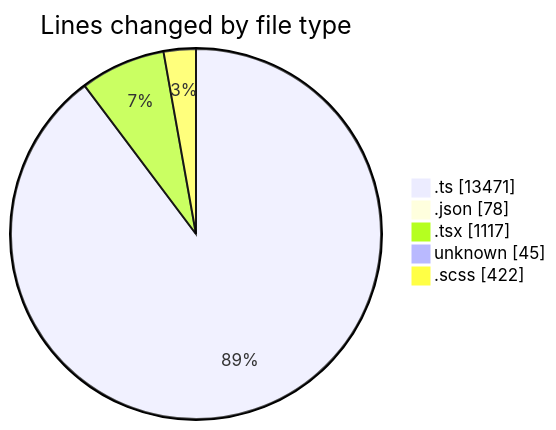
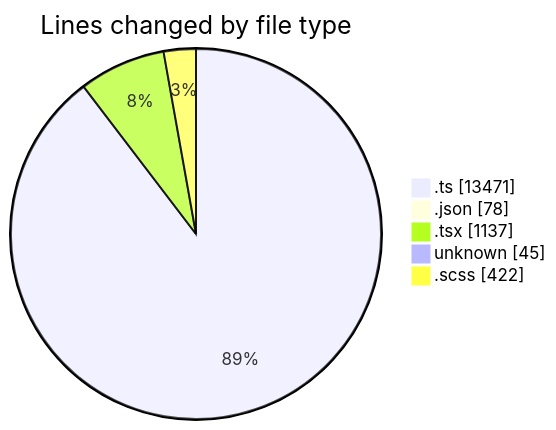
One commit to momahboobian/code-tracking changed the first of 2 diagrams in 2025-08-29/cda/README.md. Above: the diagram before and after it, drawn with Mermaid. The commit also changed other lines of this file and 1 other file, not shown here.

````diff
--- a/2025-08-29/cda/README.md
+++ b/2025-08-29/cda/README.md
@@ -32,9 +32,9 @@
 ```mermaid
 pie showData
 title Lines changed by file type
 ".ts" : 13471
 ".json" : 78
-".tsx" : 1117
+".tsx" : 1137
 "unknown" : 45
 ".scss" : 422
 ```
````
